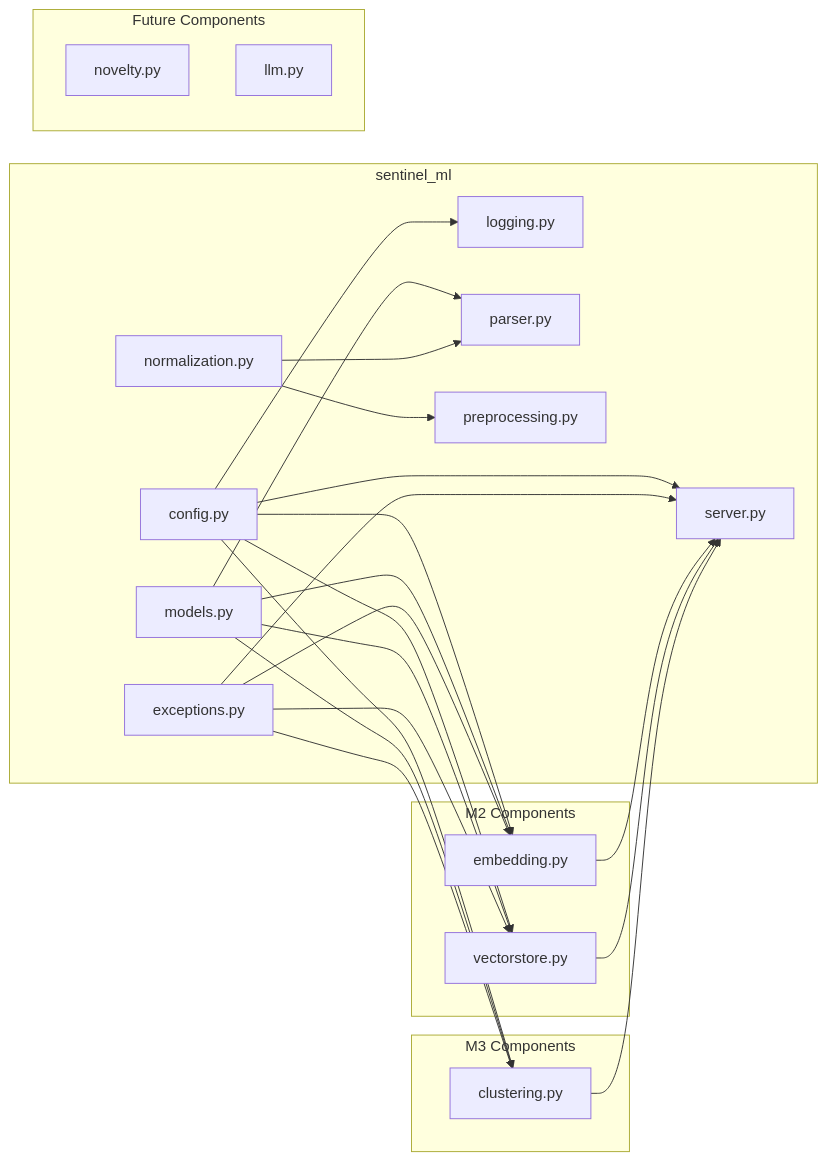
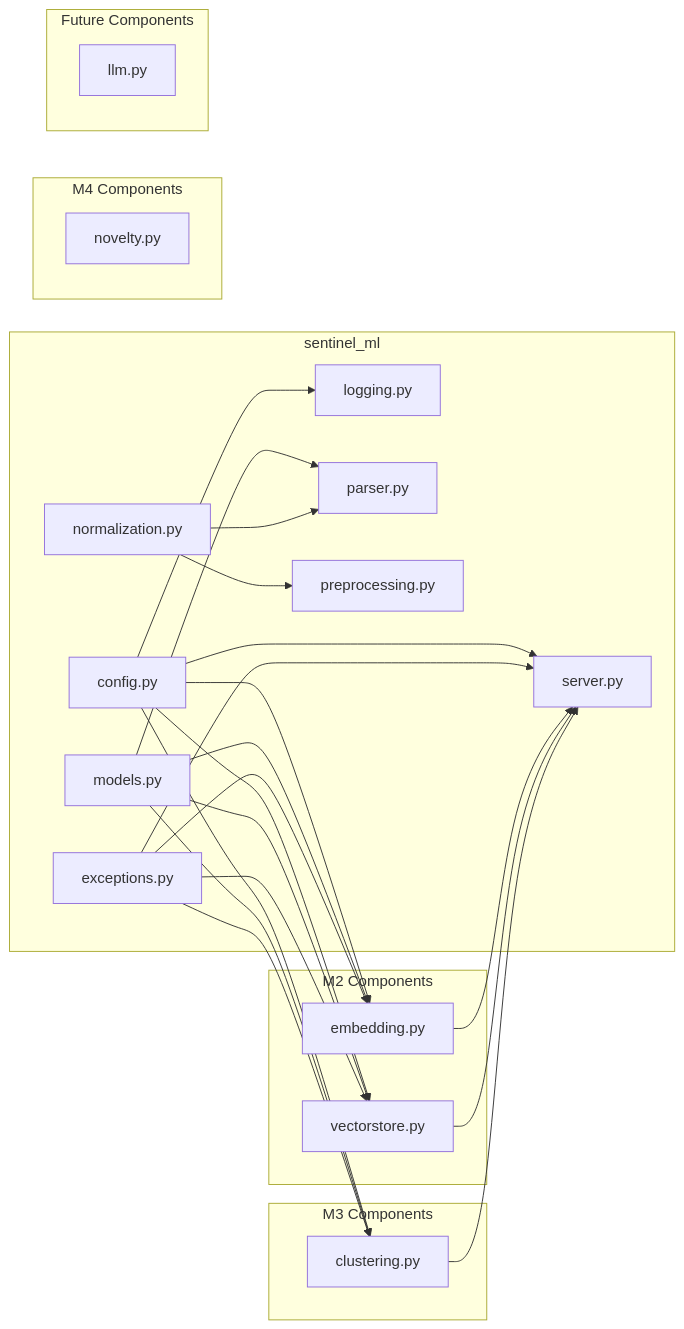
One commit to varadharajaan/sentinel-log-ai changed the third of 15 diagrams in docs/architecture.md. Above: the diagram before and after it, drawn with Mermaid. The commit also changed other lines of this file and 8 other files, not shown here.

````diff
--- a/docs/architecture.md
+++ b/docs/architecture.md
@@ -125,46 +125,49 @@
 ```mermaid
 graph LR
     subgraph "sentinel_ml"
         MODELS[models.py]
         CONFIG[config.py]
         LOG[logging.py]
         NORM[normalization.py]
         PARSER[parser.py]
         SERVER[server.py]
         EXC[exceptions.py]
         PRE[preprocessing.py]
     end
 
     subgraph "M2 Components"
         EMB[embedding.py]
         VS[vectorstore.py]
     end
 
     subgraph "M3 Components"
         CLUSTER[clustering.py]
     end
 
+    subgraph "M4 Components"
+        NOVELTY[novelty.py]
+    end
+
     subgraph "Future Components"
-        NOVELTY[novelty.py]
         LLM[llm.py]
     end
 
     CONFIG --> LOG
     CONFIG --> SERVER
     CONFIG --> EMB
     CONFIG --> VS
     CONFIG --> CLUSTER
     MODELS --> PARSER
     MODELS --> EMB
     MODELS --> VS
     MODELS --> CLUSTER
     NORM --> PARSER
     NORM --> PRE
     EXC --> SERVER
     EXC --> EMB
     EXC --> VS
     EXC --> CLUSTER
     EMB --> SERVER
     VS --> SERVER
     CLUSTER --> SERVER
 ```
````
